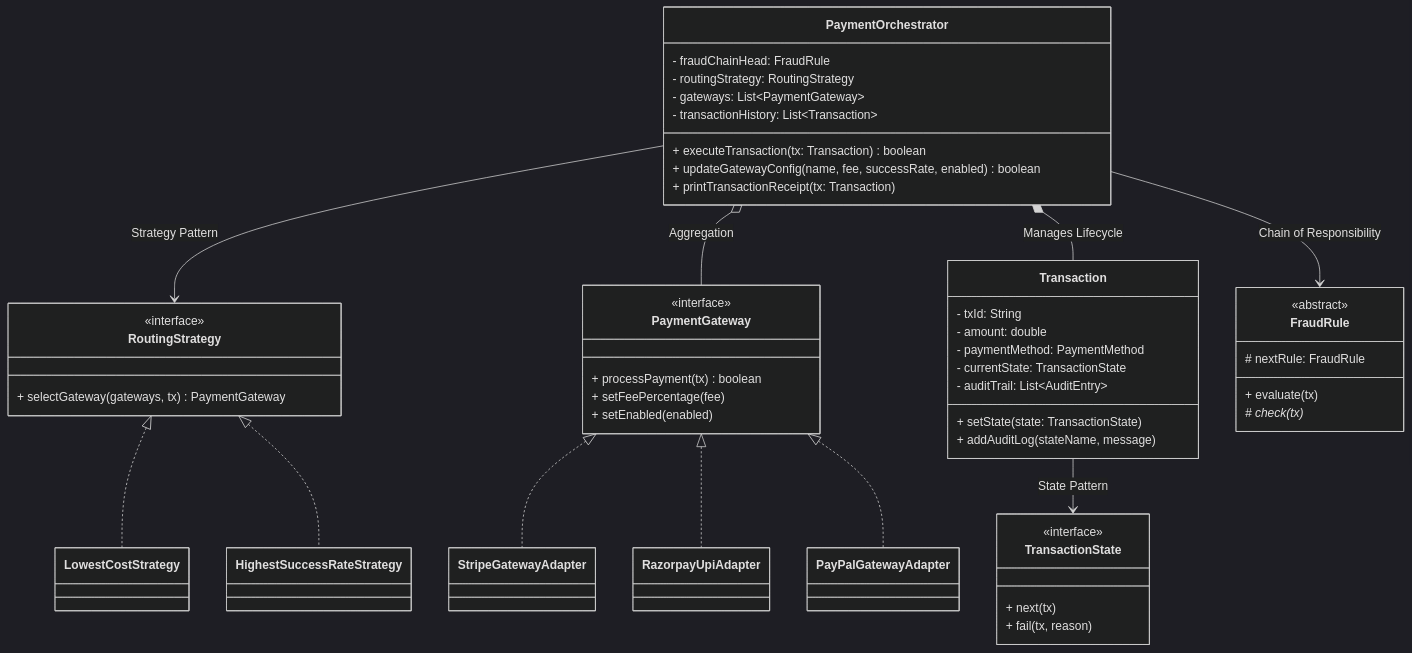
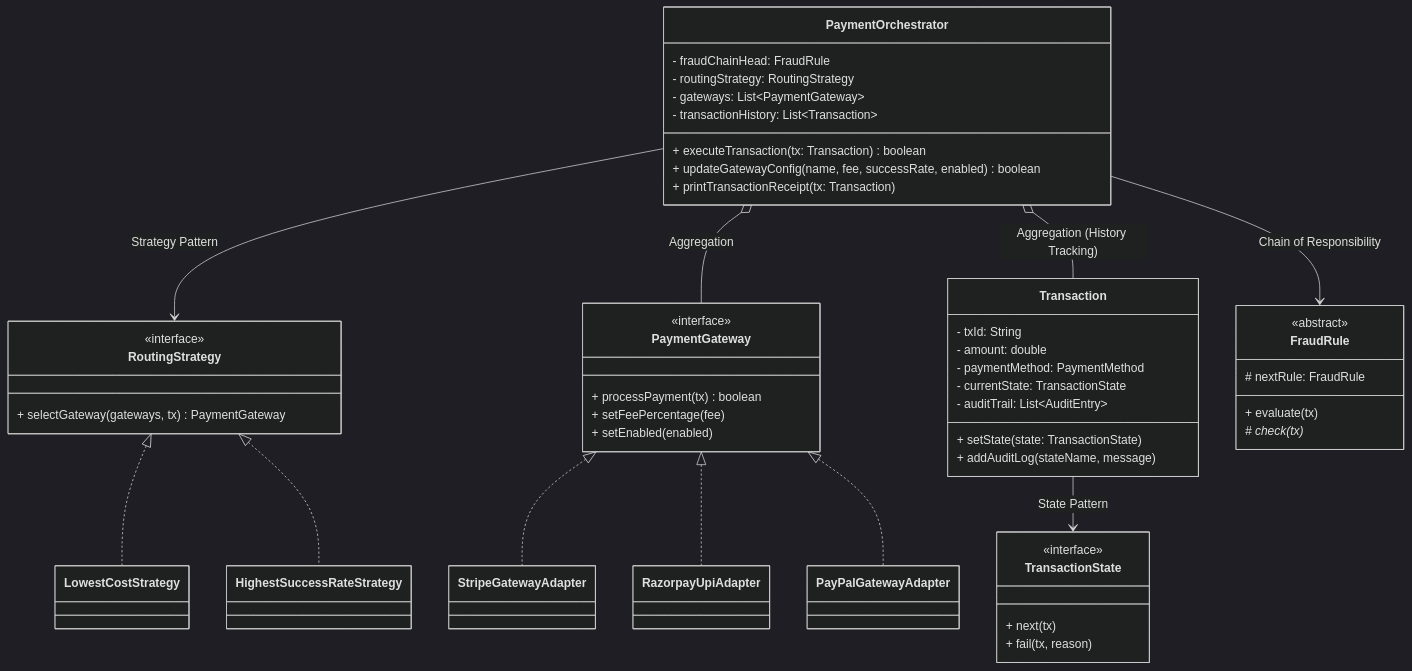
The second of 4 diagrams in docs/OOM_Documentation_and_UML.md (harjasbb07-eng/SwitchYard), drawn with Mermaid (dark theme) before and after one commit. The commit also changed other lines of this file, not shown here.

Commit message:
docs: refine UML relationships and expand SOLID mapping table for evaluation

````diff
--- a/docs/OOM_Documentation_and_UML.md
+++ b/docs/OOM_Documentation_and_UML.md
@@ -32,65 +32,58 @@
 ```mermaid
 classDiagram
     class PaymentOrchestrator {
         - fraudChainHead: FraudRule
         - routingStrategy: RoutingStrategy
         - gateways: List~PaymentGateway~
         - transactionHistory: List~Transaction~
         + executeTransaction(tx: Transaction) boolean
         + updateGatewayConfig(name, fee, successRate, enabled) boolean
         + printTransactionReceipt(tx: Transaction)
     }
 
     class Transaction {
         - txId: String
         - amount: double
         - paymentMethod: PaymentMethod
         - currentState: TransactionState
         - auditTrail: List~AuditEntry~
         + setState(state: TransactionState)
         + addAuditLog(stateName, message)
     }
 
     class RoutingStrategy {
         <<interface>>
         + selectGateway(gateways, tx) PaymentGateway
     }
 
-    class LowestCostStrategy
-    class HighestSuccessRateStrategy
-
     class PaymentGateway {
         <<interface>>
         + processPayment(tx) boolean
         + setFeePercentage(fee)
         + setEnabled(enabled)
     }
 
-    class StripeGatewayAdapter
-    class RazorpayUpiAdapter
-    class PayPalGatewayAdapter
-    
     class FraudRule {
         <<abstract>>
         # nextRule: FraudRule
         + evaluate(tx)
         # check(tx)*
     }
     
     class TransactionState {
         <<interface>>
         + next(tx)
         + fail(tx, reason)
     }
 
     PaymentOrchestrator --> RoutingStrategy : Strategy Pattern
     PaymentOrchestrator --> FraudRule : Chain of Responsibility
     PaymentOrchestrator o-- PaymentGateway : Aggregation
-    PaymentOrchestrator *-- Transaction : Manages Lifecycle
+    PaymentOrchestrator o-- Transaction : Aggregation (History Tracking)
     RoutingStrategy <|.. LowestCostStrategy
     RoutingStrategy <|.. HighestSuccessRateStrategy
     PaymentGateway <|.. StripeGatewayAdapter
     PaymentGateway <|.. RazorpayUpiAdapter
     PaymentGateway <|.. PayPalGatewayAdapter
     Transaction --> TransactionState : State Pattern
 ```
````
